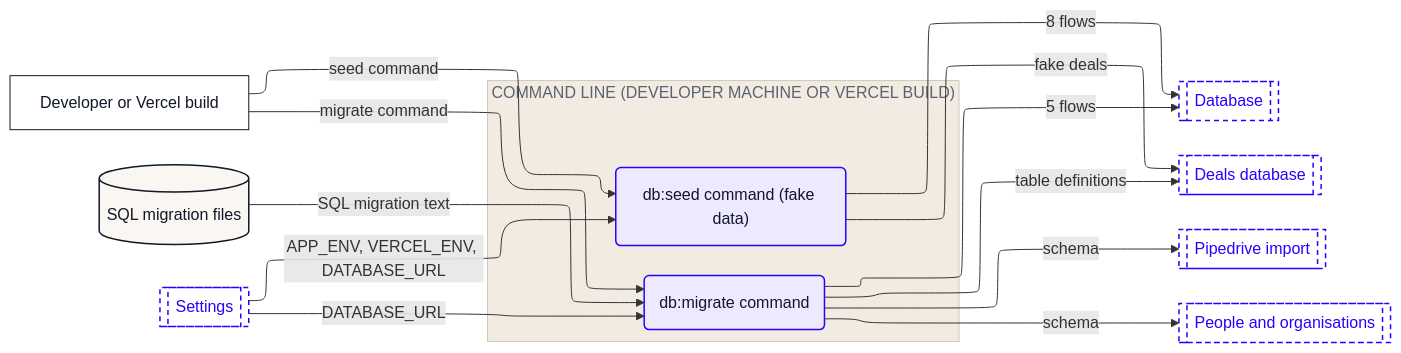
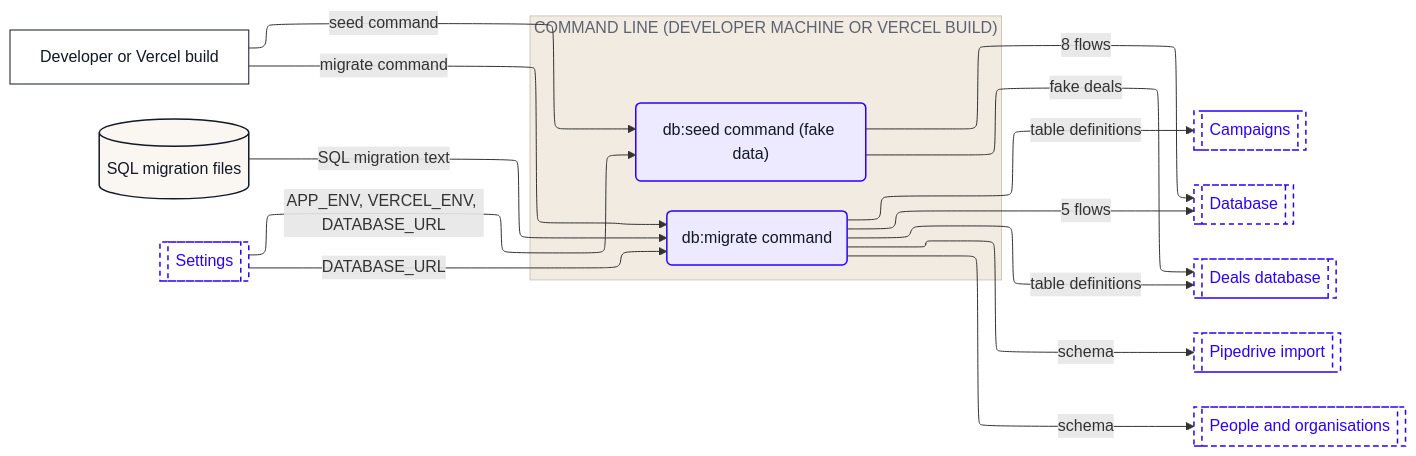
The fifth of 14 diagrams in dataflow/DATAFLOW.md (Romain-Perche/Barnacle-Pipe), drawn with Mermaid before and after one commit. The commit also changed other lines of this file and 12 other files, not shown here.

````diff
--- a/dataflow/DATAFLOW.md
+++ b/dataflow/DATAFLOW.md
@@ -292,40 +341,42 @@
 ```mermaid
 ---
 config:
   layout: elk
 ---
 flowchart LR
     n1["Developer or Vercel build"]
     n2[("SQL migration files")]
     subgraph z1["COMMAND LINE (DEVELOPER MACHINE OR VERCEL BUILD)"]
         n3("db:migrate command")
         n4("db:seed command (fake data)")
     end
-    n5[["Database"]]
-    n6[["Deals database"]]
-    n7[["Pipedrive import"]]
-    n8[["People and organisations"]]
-    n9[["Settings"]]
+    n5[["Campaigns"]]
+    n6[["Database"]]
+    n7[["Deals database"]]
+    n8[["Pipedrive import"]]
+    n9[["People and organisations"]]
+    n10[["Settings"]]
     n1 -->|"migrate command"| n3
     n1 -->|"seed command"| n4
-    n9 -->|"DATABASE_URL"| n3
-    n9 -->|"APP_ENV, VERCEL_ENV, DATABASE_URL"| n4
-    n3 -->|"5 flows"| n5
-    n3 -->|"table definitions"| n6
+    n10 -->|"DATABASE_URL"| n3
+    n10 -->|"APP_ENV, VERCEL_ENV, DATABASE_URL"| n4
+    n3 -->|"5 flows"| n6
+    n3 -->|"table definitions"| n5
+    n3 -->|"table definitions"| n7
+    n3 -->|"schema"| n9
     n3 -->|"schema"| n8
-    n3 -->|"schema"| n7
     n2 -->|"SQL migration text"| n3
-    n4 -->|"8 flows"| n5
-    n4 -->|"fake deals"| n6
+    n4 -->|"8 flows"| n6
+    n4 -->|"fake deals"| n7
     classDef actor fill:#FFFFFF,stroke:#111827,stroke-width:1px,color:#111827
     classDef process fill:#EDEAFF,stroke:#2B00FF,stroke-width:1.5px,color:#111827
     classDef store fill:#FAF6F1,stroke:#111827,stroke-width:1.5px,color:#111827
     classDef zone fill:#1A1A1A,stroke:#1A1A1A,color:#FFFFFF
     classDef group fill:#2B00FF,stroke:#2B00FF,color:#FFFFFF
     classDef stub fill:#FFFFFF,stroke:#2B00FF,stroke-width:1.5px,stroke-dasharray:5 4,color:#2B00FF
     class n1 actor
     class n3,n4 process
     class n2 store
-    class n5,n6,n7,n8,n9 stub
+    class n5,n6,n7,n8,n9,n10 stub
     style z1 fill:#F1EBE2,stroke:#CFC7BB,color:#5D6270
 ```
````
